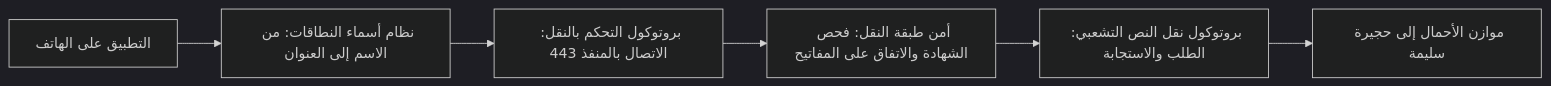
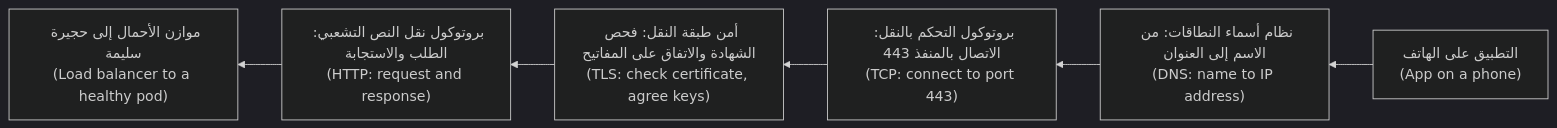
Before and after one commit to Tamoura/system-design-for-vibe-coders: the first of 3 diagrams in cloud/modules/01-foundations.ar.md, drawn with Mermaid (dark theme). The commit also changed other lines of this file and 20 other files, not shown here.

First line of the commit message:
New courses: Arabic diagrams read right-to-left with English labels (modules 0–6)

````diff
--- a/cloud/modules/01-foundations.ar.md
+++ b/cloud/modules/01-foundations.ar.md
@@ -67,8 +67,8 @@
 ```mermaid
-flowchart LR
-    A["التطبيق على الهاتف"] --> B["نظام أسماء النطاقات: من الاسم إلى العنوان"]
-    B --> C["بروتوكول التحكم بالنقل: الاتصال بالمنفذ 443"]
-    C --> D["أمن طبقة النقل: فحص الشهادة والاتفاق على المفاتيح"]
-    D --> E["بروتوكول نقل النص التشعبي: الطلب والاستجابة"]
-    E --> F["موازن الأحمال إلى حجيرة سليمة"]
+flowchart RL
+    A["التطبيق على الهاتف<br/>(App on a phone)"] --> B["نظام أسماء النطاقات: من الاسم إلى العنوان<br/>(DNS: name to IP address)"]
+    B --> C["بروتوكول التحكم بالنقل: الاتصال بالمنفذ 443<br/>(TCP: connect to port 443)"]
+    C --> D["أمن طبقة النقل: فحص الشهادة والاتفاق على المفاتيح<br/>(TLS: check certificate, agree keys)"]
+    D --> E["بروتوكول نقل النص التشعبي: الطلب والاستجابة<br/>(HTTP: request and response)"]
+    E --> F["موازن الأحمال إلى حجيرة سليمة<br/>(Load balancer to a healthy pod)"]
 ```
````
